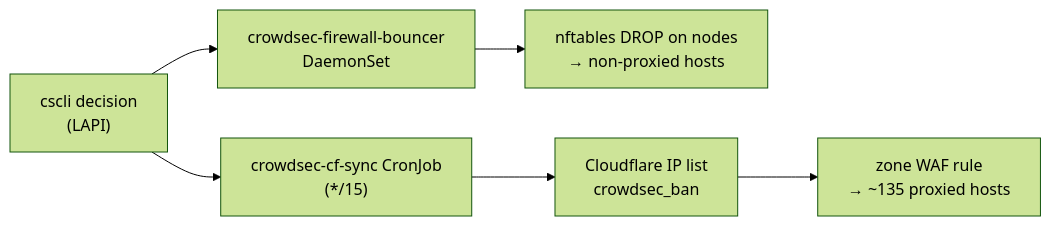
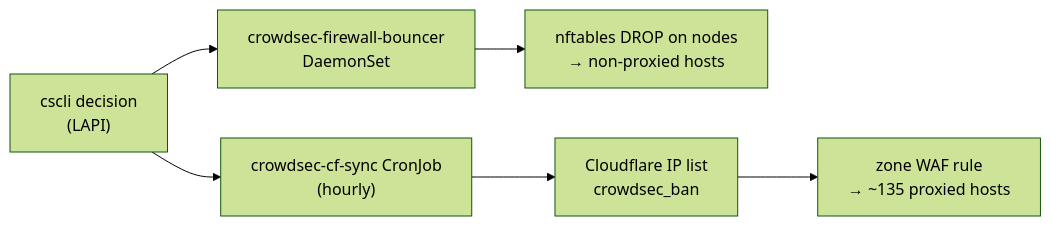
One commit to ViktorBarzin/infra changed the diagram in docs/runbooks/crowdsec-manual-bans.md. Above: the diagram before and after it, drawn with Mermaid (forest theme). The commit also changed other lines of this file and 5 other files, not shown here.

First line of the commit message:
crowdsec-cf-sync: slow the write ladder to 2h/6h/12h, run hourly

````diff
--- a/docs/runbooks/crowdsec-manual-bans.md
+++ b/docs/runbooks/crowdsec-manual-bans.md
@@ -22,8 +22,8 @@
 ```mermaid
 flowchart LR
   A["cscli decision<br/>(LAPI)"] --> B["crowdsec-firewall-bouncer<br/>DaemonSet"]
-  A --> C["crowdsec-cf-sync CronJob<br/>(*/15)"]
+  A --> C["crowdsec-cf-sync CronJob<br/>(hourly)"]
   B --> D["nftables DROP on nodes<br/>→ non-proxied hosts"]
   C --> E["Cloudflare IP list<br/>crowdsec_ban"]
   E --> F["zone WAF rule<br/>→ ~135 proxied hosts"]
 ```
````
